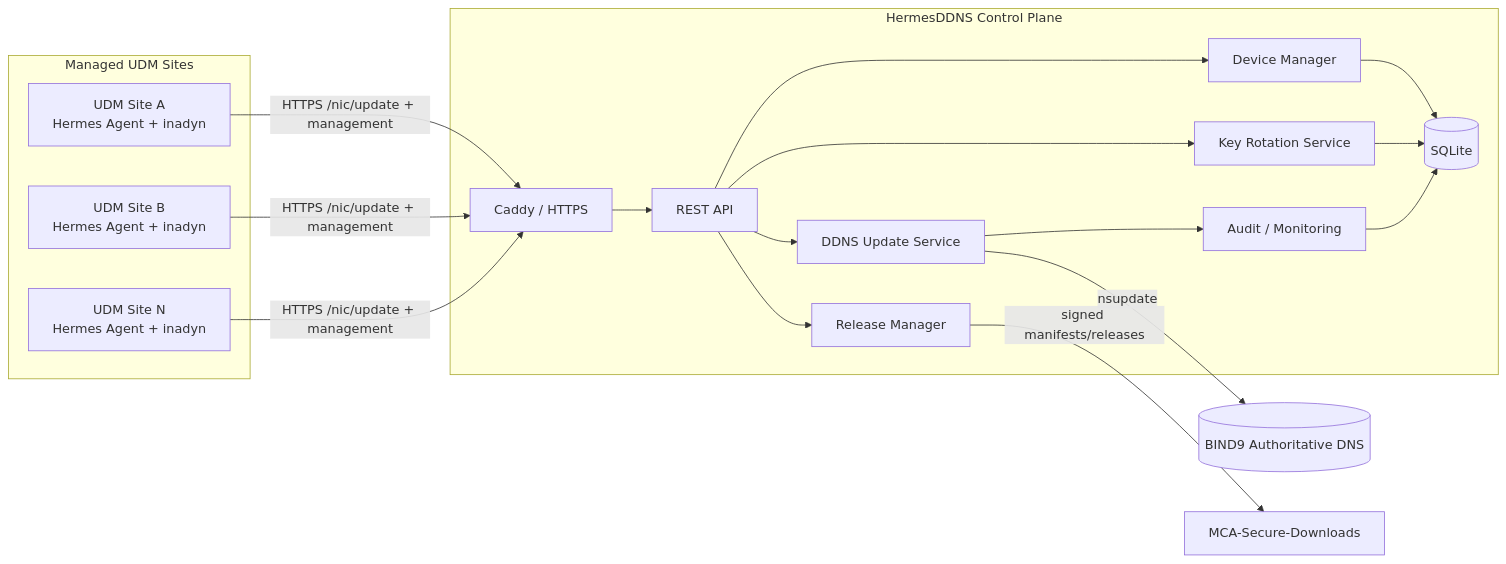
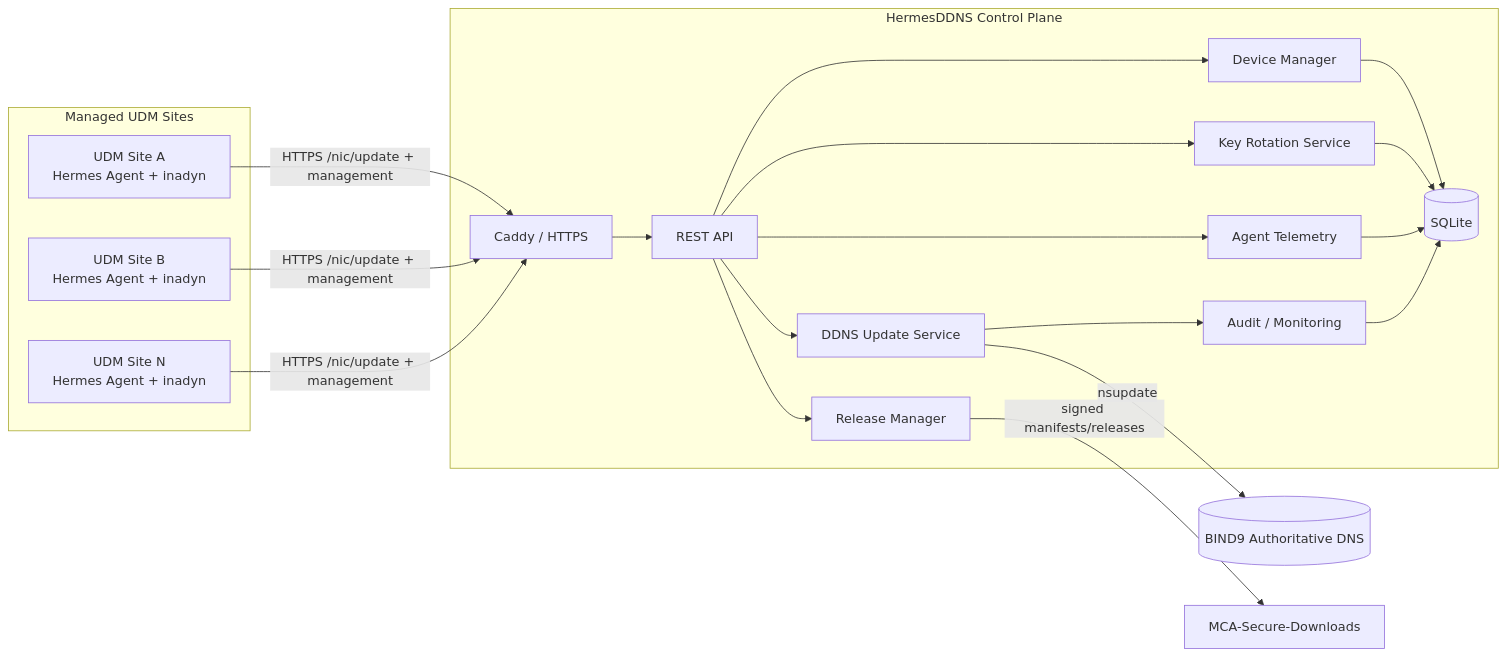
The first of 7 diagrams in products/hermes/docs/architecture-functional-spec-v1.0/README.md (mca-rolando/OLIMPO), drawn with Mermaid before and after one commit. The commit also changed other lines of this file and 10 other files, not shown here.

Commit message:
HermesDDNS 26.08-02: add agent heartbeat and operational telemetry

````diff
--- a/products/hermes/docs/architecture-functional-spec-v1.0/README.md
+++ b/products/hermes/docs/architecture-functional-spec-v1.0/README.md
@@ -23,33 +23,36 @@
 ```mermaid
 flowchart LR
   subgraph Sites[Managed UDM Sites]
     UDM1[UDM Site A\nHermes Agent + inadyn]
     UDM2[UDM Site B\nHermes Agent + inadyn]
     UDMN[UDM Site N\nHermes Agent + inadyn]
   end
   subgraph Hermes[HermesDDNS Control Plane]
     Proxy[Caddy / HTTPS]
     API[REST API]
     DM[Device Manager]
     DDNS[DDNS Update Service]
     KR[Key Rotation Service]
+    TM[Agent Telemetry]
     RM[Release Manager]
     Audit[Audit / Monitoring]
     DB[(SQLite)]
     Proxy --> API
     API --> DM
     API --> DDNS
     API --> KR
+    API --> TM
     API --> RM
     DM --> DB
     KR --> DB
+    TM --> DB
     DDNS --> Audit --> DB
   end
   DNS[(BIND9 Authoritative DNS)]
   MCA[MCA-Secure-Downloads]
   UDM1 -->|HTTPS /nic/update + management| Proxy
   UDM2 -->|HTTPS /nic/update + management| Proxy
   UDMN -->|HTTPS /nic/update + management| Proxy
   DDNS -->|nsupdate| DNS
   RM -->|signed manifests/releases| MCA
 ```
````
